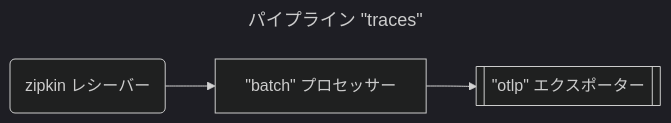
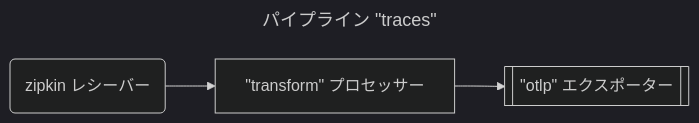
Before and after one commit to open-telemetry/opentelemetry.io: the fourth of 7 diagrams in content/ja/docs/collector/architecture.md, drawn with Mermaid (dark theme). The commit also changed other lines of this file, not shown here.

Commit message:
　docs(i18n): sync content/ja/docs/collector/architecture.md

````diff
--- a/content/ja/docs/collector/architecture.md
+++ b/content/ja/docs/collector/architecture.md
@@ -212,8 +213,8 @@
 ```mermaid
 ---
 title: パイプライン "traces"
 ---
 flowchart LR
-  R1("`zipkin レシーバー`") --> P1["`#quot;batch#quot; プロセッサー`"]
+  R1("`zipkin レシーバー`") --> P1["`#quot;transform#quot; プロセッサー`"]
   P1 --> E1[["`#quot;otlp#quot; エクスポーター`"]]
 ```
````
